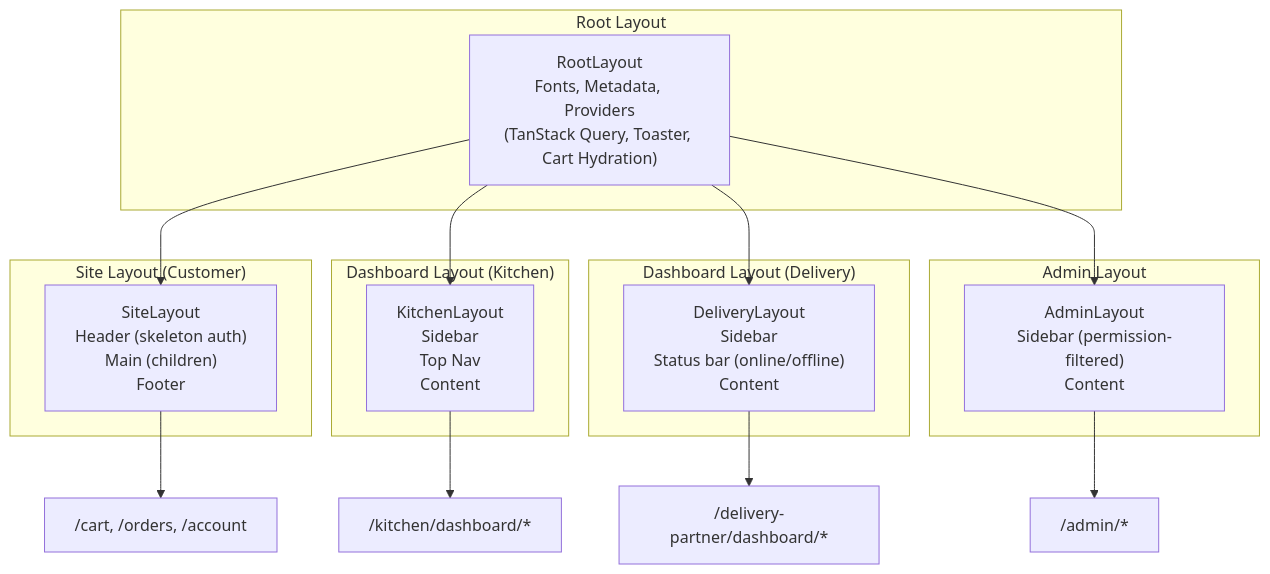
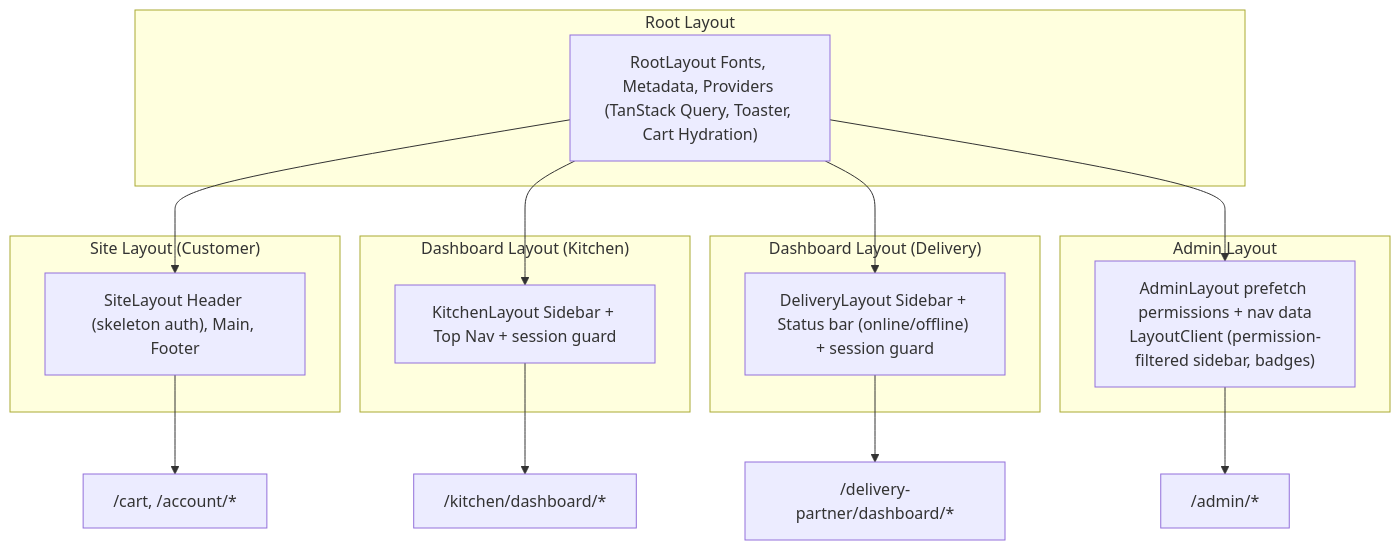
One commit to dharshan47/rrckitchen changed the second of 2 diagrams in docs/15-routing-middleware.md. Above: the diagram before and after it, drawn with Mermaid. The commit also changed other lines of this file and 462 other files, not shown here.

Commit message:
feat: implement core platform features including admin dashboards, catalog management, loyalty systems, and delivery partner workflows with comprehensive test coverage and documentation.

````diff
--- a/docs/15-routing-middleware.md
+++ b/docs/15-routing-middleware.md
@@ -275,31 +272,31 @@
 ```mermaid
 graph TB
     subgraph "Root Layout"
-        RL["RootLayout<br/>Fonts, Metadata, Providers<br/>(TanStack Query, Toaster, Cart Hydration)"]
+        RL["RootLayout Fonts, Metadata, Providers (TanStack Query, Toaster, Cart Hydration)"]
     end
 
     subgraph "Site Layout (Customer)"
-        SL["SiteLayout<br/>Header (skeleton auth)<br/>Main (children)<br/>Footer"]
+        SL["SiteLayout Header (skeleton auth), Main, Footer"]
     end
 
     subgraph "Dashboard Layout (Kitchen)"
-        KL["KitchenLayout<br/>Sidebar<br/>Top Nav<br/>Content"]
+        KL["KitchenLayout Sidebar + Top Nav + session guard"]
     end
 
     subgraph "Dashboard Layout (Delivery)"
-        DL["DeliveryLayout<br/>Sidebar<br/>Status bar (online/offline)<br/>Content"]
+        DL["DeliveryLayout Sidebar + Status bar (online/offline) + session guard"]
     end
 
     subgraph "Admin Layout"
-        AL["AdminLayout<br/>Sidebar (permission-filtered)<br/>Content"]
+        AL["AdminLayout prefetch permissions + nav data<br/>LayoutClient (permission-filtered sidebar, badges)"]
     end
 
     RL --> SL
     RL --> KL
     RL --> DL
     RL --> AL
-    SL --> CustomerPages["/cart, /orders, /account"]
+    SL --> CustomerPages["/cart, /account/*"]
     KL --> KitchenPages["/kitchen/dashboard/*"]
     DL --> DeliveryPages["/delivery-partner/dashboard/*"]
     AL --> AdminPages["/admin/*"]
 ```
````
